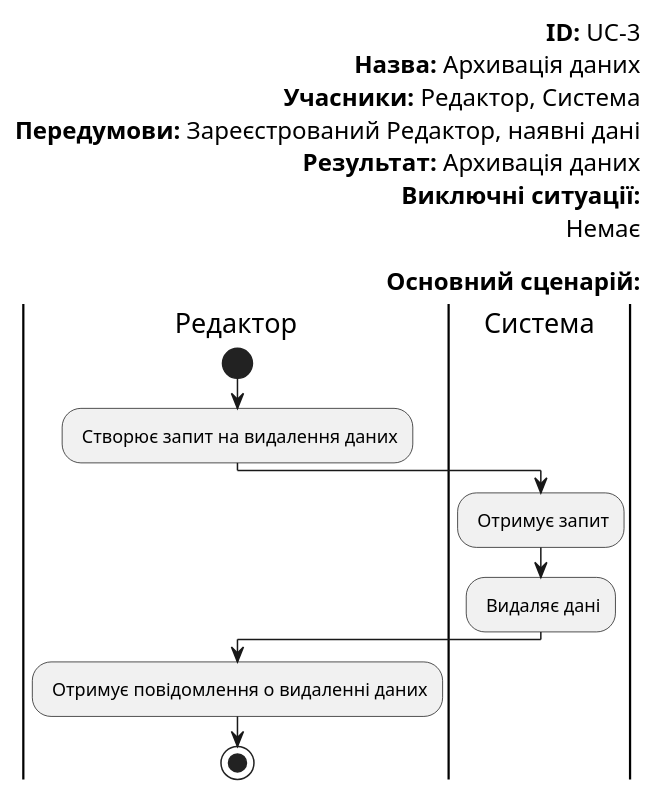
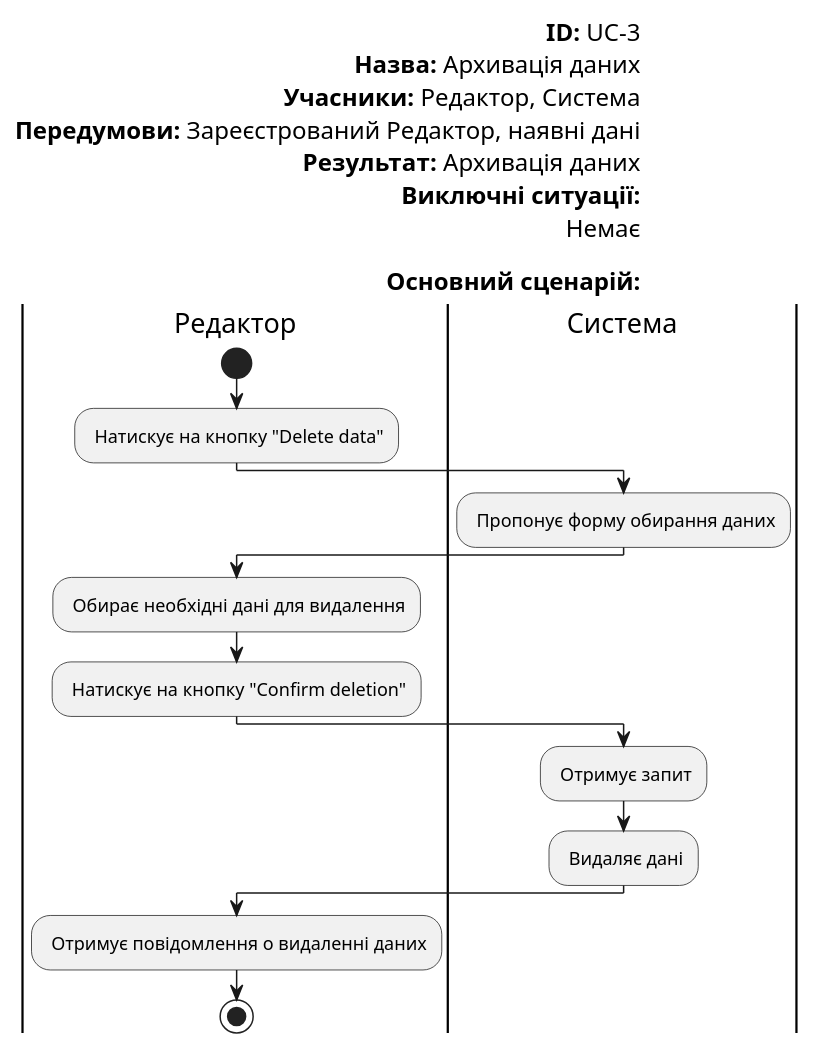
Before and after one commit to horidor/open-data-management-system: the sixth of 12 diagrams in docs/use cases/README.md, drawn with PlantUML. The commit also changed other lines of this file, not shown here.

```diff
--- a/docs/use cases/README.md
+++ b/docs/use cases/README.md
@@ -179,25 +179,30 @@
 @startuml
 
     left header
         <font color=000 size=16><b>ID:</b> UC-3
         <font color=000 size=16><b>Назва:</b> Архивація даних
         <font color=000 size=16><b>Учасники:</b> Редактор, Система
         <font color=000 size=16><b>Передумови:</b> Зареєстрований Редактор, наявні дані
         <font color=000 size=16><b>Результат:</b> Архивація даних
         <font color=000 size=16><b>Виключні ситуації:</b>
         <font color=000 size=16>Немає
         
         <font color=000 size=16><b>Основний сценарій:</b>
     end header
 
     |Редактор|
         start
-        : Створює запит на видалення даних;
+        : Натискує на кнопку "Delete data";
+    |Система|
+        : Пропонує форму обирання даних;
+    |Редактор|
+        : Обирає необхідні дані для видалення;
+        : Натискує на кнопку "Confirm deletion";
     |Система|
         : Отримує запит;
         : Видаляє дані;
     |Редактор|
         : Отримує повідомлення о видаленні даних;
         stop;
 
 @enduml
```
